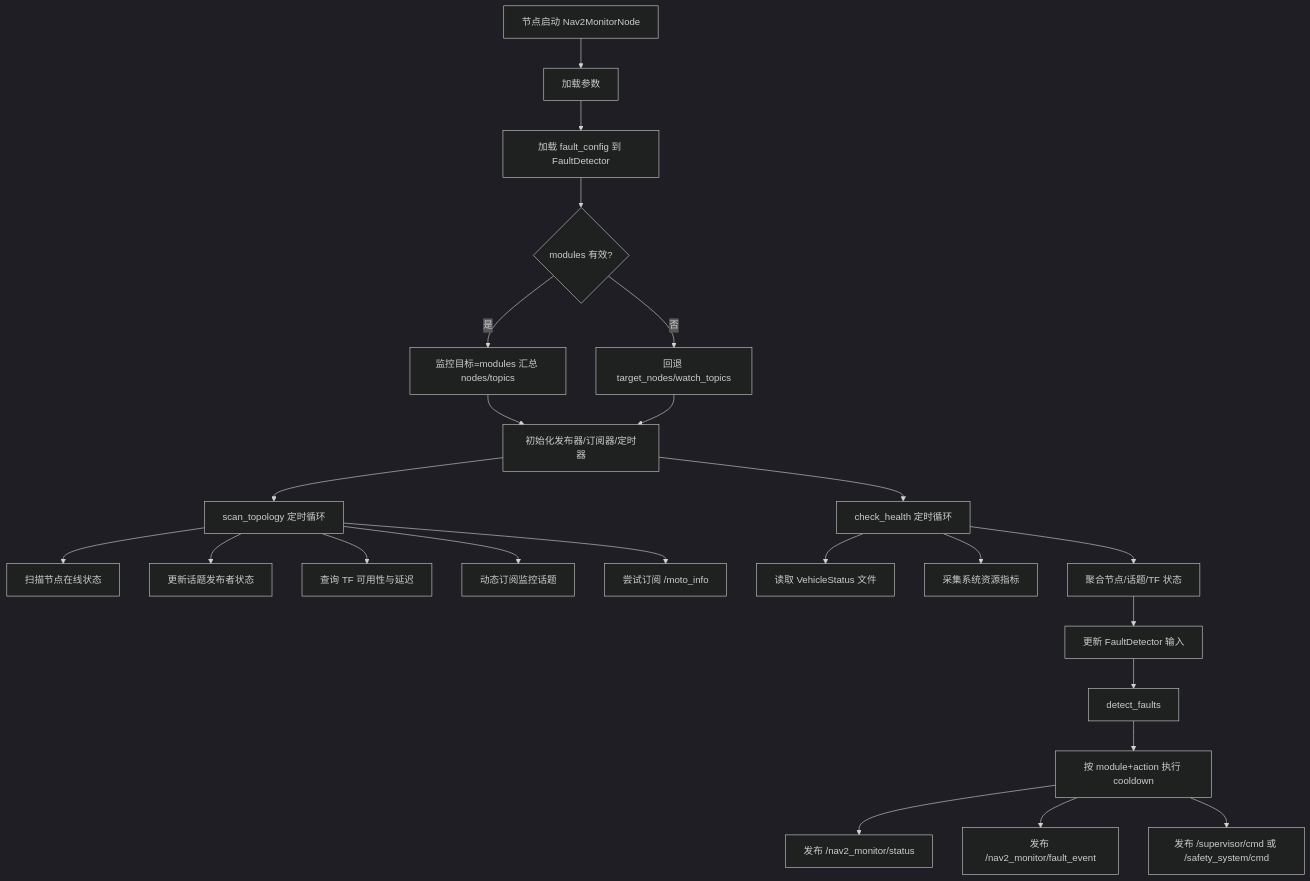
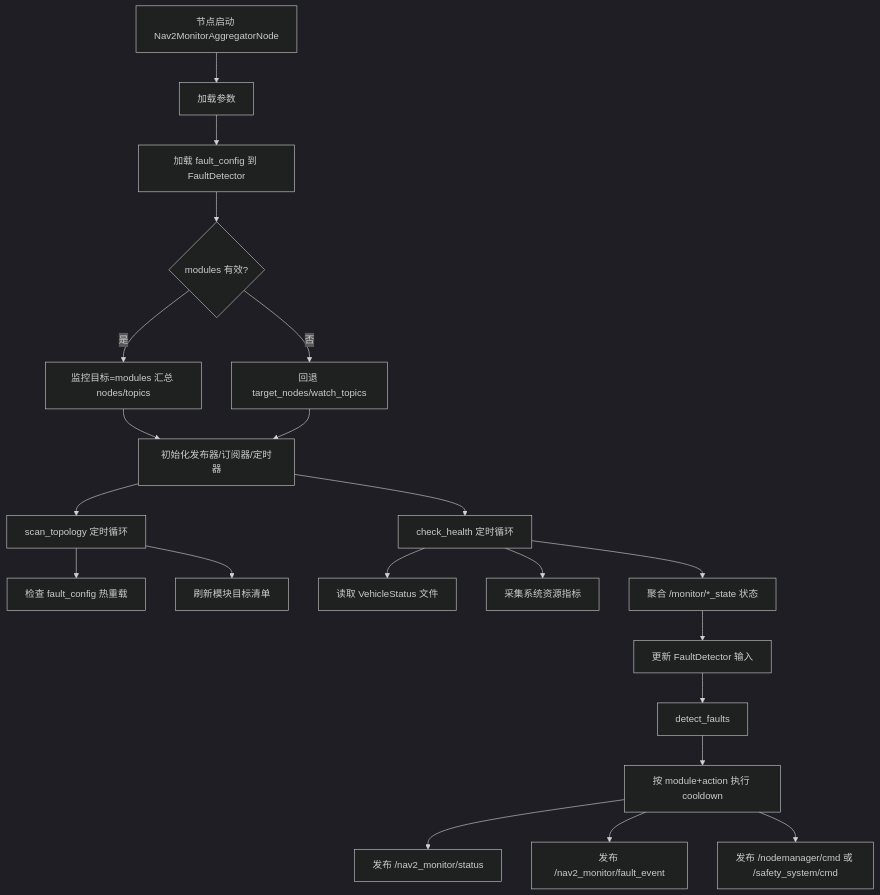
Before and after one commit to forever-wp/monitor_system: the first of 3 diagrams in src/nav2_monitor/docs/architecture_diagrams.md, drawn with Mermaid (dark theme). The commit also changed other lines of this file and 81 other files, not shown here.

````diff
--- a/src/nav2_monitor/docs/architecture_diagrams.md
+++ b/src/nav2_monitor/docs/architecture_diagrams.md
@@ -5,28 +5,25 @@
 ```mermaid
 flowchart TD
-    A[节点启动 Nav2MonitorNode] --> B[加载参数]
+    A[节点启动 Nav2MonitorAggregatorNode] --> B[加载参数]
     B --> C[加载 fault_config 到 FaultDetector]
     C --> D{modules 有效?}
     D -- 是 --> E[监控目标=modules 汇总 nodes/topics]
     D -- 否 --> F[回退 target_nodes/watch_topics]
     E --> G[初始化发布器/订阅器/定时器]
     F --> G
     G --> H[scan_topology 定时循环]
     G --> I[check_health 定时循环]
 
-    H --> H1[扫描节点在线状态]
-    H --> H2[更新话题发布者状态]
-    H --> H3[查询 TF 可用性与延迟]
-    H --> H4[动态订阅监控话题]
-    H --> H5[尝试订阅 /moto_info]
+    H --> H1[检查 fault_config 热重载]
+    H --> H2[刷新模块目标清单]
 
     I --> I1[读取 VehicleStatus 文件]
     I --> I2[采集系统资源指标]
-    I --> I3[聚合节点/话题/TF 状态]
+    I --> I3[聚合 /monitor/*_state 状态]
     I3 --> I4[更新 FaultDetector 输入]
     I4 --> I5[detect_faults]
     I5 --> I6[按 module+action 执行 cooldown]
     I6 --> I7[发布 /nav2_monitor/status]
     I6 --> I8[发布 /nav2_monitor/fault_event]
-    I6 --> I9[发布 /supervisor/cmd 或 /safety_system/cmd]
+    I6 --> I9[发布 /nodemanager/cmd 或 /safety_system/cmd]
 ```
````
